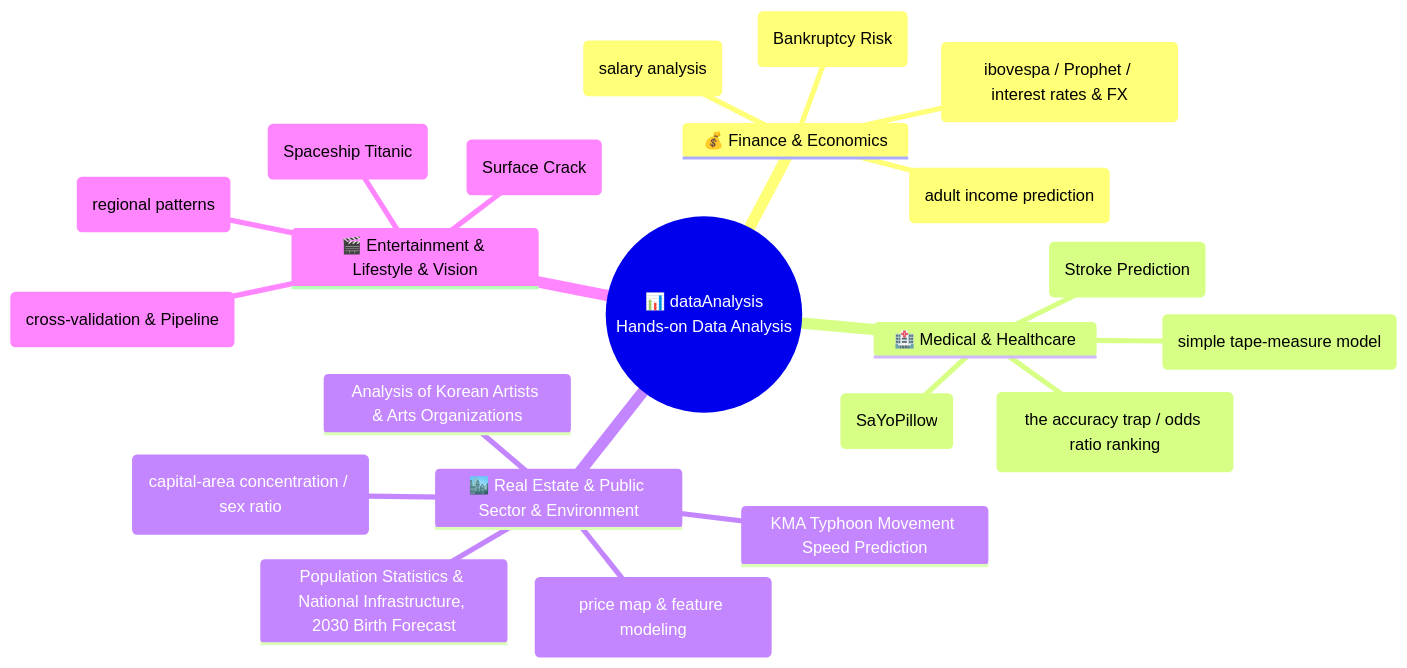
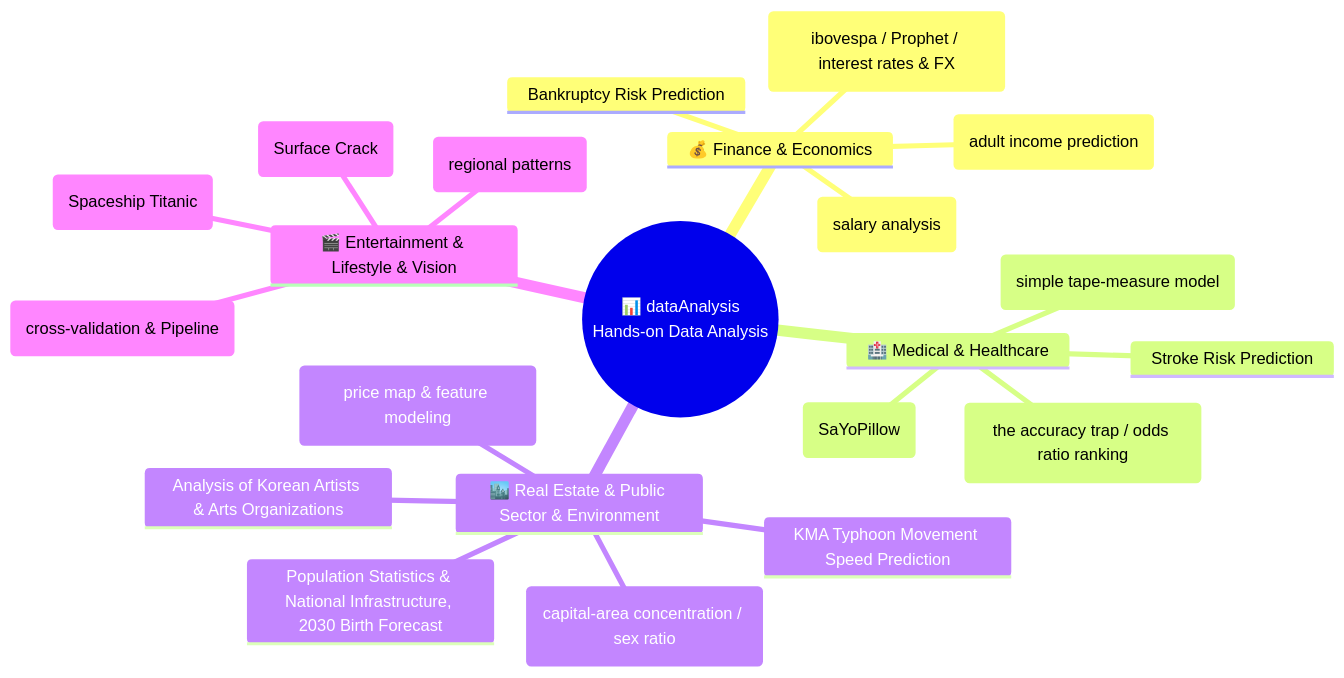
One commit to LDJWJ/dataAnalysis changed the diagram in README.en.md. Above: the diagram before and after it, drawn with Mermaid. The commit also changed other lines of this file and 1 other file, not shown here.

````diff
--- a/README.en.md
+++ b/README.en.md
@@ -36,25 +36,25 @@
 ```mermaid
 mindmap
   root((📊 dataAnalysis<br>Hands-on Data Analysis))
     💰 Finance & Economics
       Data Science Salaries 2023 (salary analysis)
-      Bank Bankruptcy Risk Prediction (Bankruptcy Risk)
+      Bankruptcy Risk Prediction
       Brazilian Stock Time-Series Forecasting (ibovespa / Prophet / interest rates & FX)
       Kaggle Korea 4th Competition (adult income prediction)
     🏥 Medical & Healthcare
-      Stroke Risk Prediction (Stroke Prediction)
+      Stroke Risk Prediction
       Key Indicators of Heart Disease (the accuracy trap / odds ratio ranking)
       Stress Detection During Sleep (SaYoPillow)
       Body Fat Percentage Estimation (simple tape-measure model)
     🏙️ Real Estate & Public Sector & Environment
       California Housing Price Prediction (price map & feature modeling)
       Population Statistics & National Infrastructure, 2030 Birth Forecast
       MOIS Resident Registration Population Statistics (capital-area concentration / sex ratio)
       Analysis of Korean Artists & Arts Organizations
       KMA Typhoon Movement Speed Prediction
     🎬 Entertainment & Lifestyle & Vision
       MCU Marvel Worldwide Box Office Analysis (regional patterns)
       Wine Quality Multiclass Classification (cross-validation & Pipeline)
       Spaceship Titanic Dimensional Transport Prediction (Spaceship Titanic)
       Concrete Surface Crack Detection Images (Surface Crack)
 ```
````
